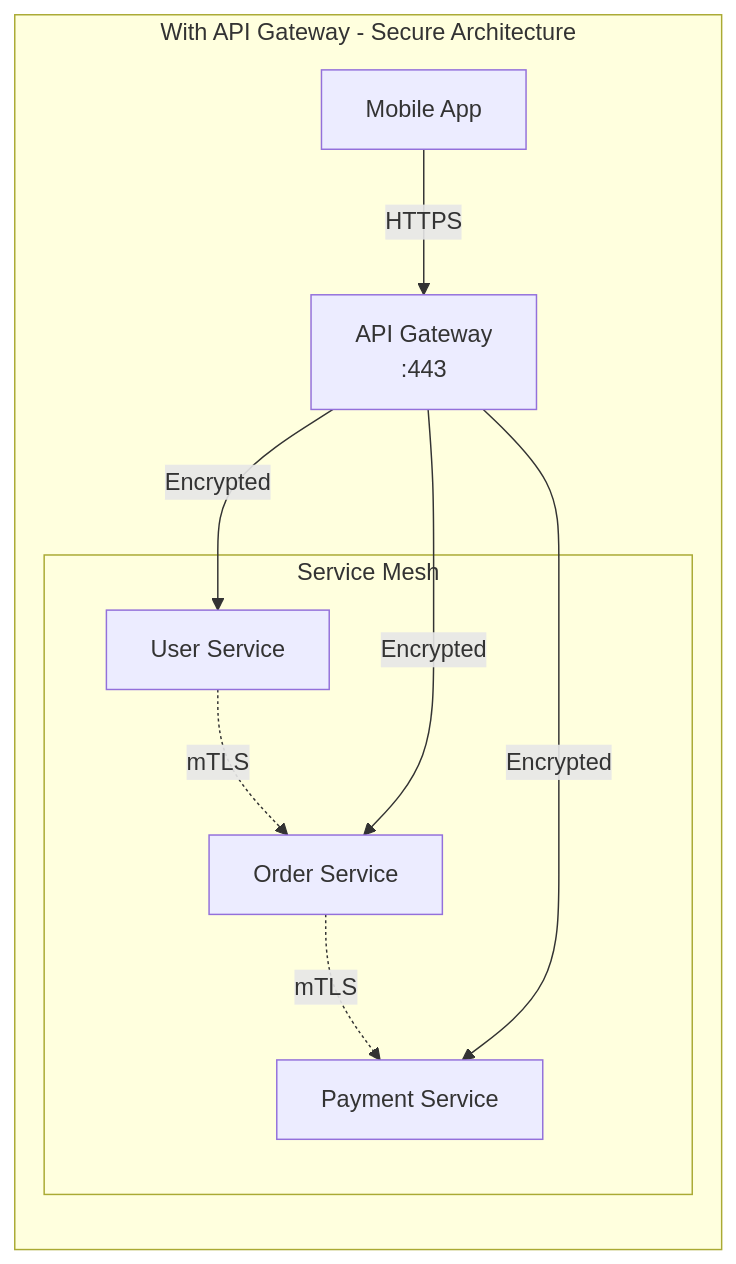
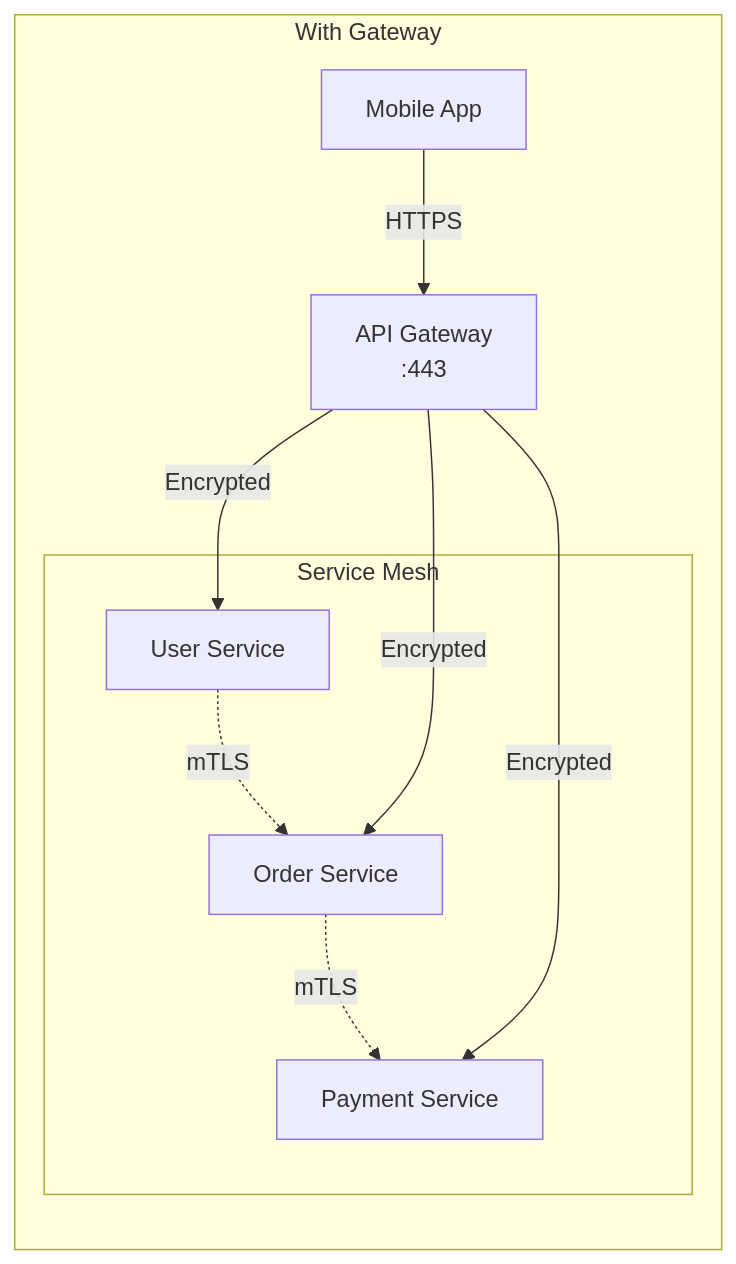
Before and after one commit to jonathanagustin/consul-api-gateway: the third of 6 diagrams in README.md, drawn with Mermaid. The commit also changed other lines of this file, not shown here.

First line of the commit message:
fix: shorten mermaid diagram labels to prevent line wrapping

````diff
--- a/README.md
+++ b/README.md
@@ -239,21 +239,21 @@
 ```mermaid
 graph LR
-    subgraph "With API Gateway - Secure Architecture"
+    subgraph "With Gateway"
         MA2[Mobile App]
         GW[API Gateway<br/>:443]
         MA2 -->|HTTPS| GW
         
         subgraph "Service Mesh"
             US2[User Service]
             OS2[Order Service]
             PS2[Payment Service]
             
             US2 -.->|mTLS| OS2
             OS2 -.->|mTLS| PS2
         end
         
         GW -->|Encrypted| US2
         GW -->|Encrypted| OS2
         GW -->|Encrypted| PS2
     end
 ```
````
